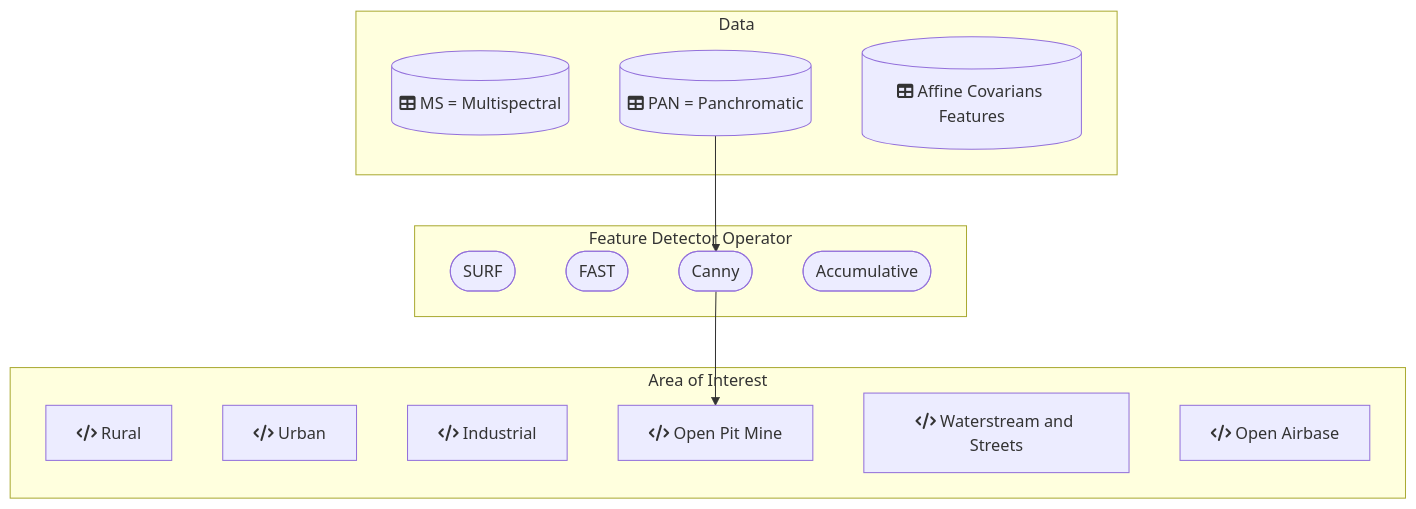
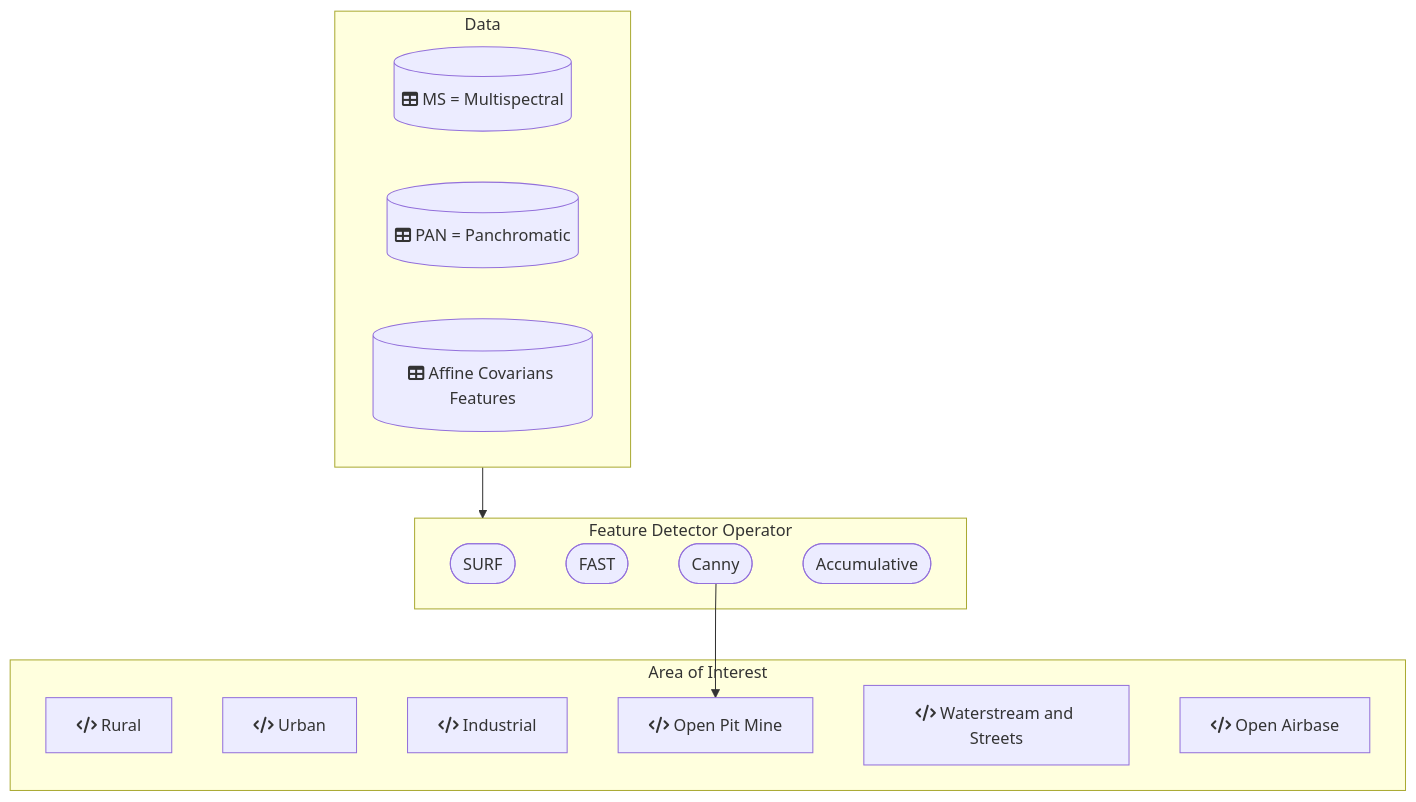
Before and after one commit to DippoldEJ/Feature-Detection-and-Explanation: the diagram in Application/README.md, drawn with Mermaid.

````diff
--- a/Application/README.md
+++ b/Application/README.md
@@ -13,29 +13,29 @@
 ```mermaid
 flowchart TD;
 
  subgraph n[Data]
         g[(fa:fa-table MS = Multispectral)]
         h[(fa:fa-table PAN = Panchromatic)]
         i[(fa:fa-table Affine Covarians Features)]
     end
 
  subgraph o[Feature Detector Operator]
         j([SURF])
         k([FAST])
         l([Canny])
         m([Accumulative])
     end
 
 subgraph p[Area of Interest]
     a[fa:fa-code Rural]
     b[fa:fa-code Urban]
     c[fa:fa-code Industrial]
     d[fa:fa-code Open Pit Mine]
     e[fa:fa-code Waterstream and Streets]
     f[fa:fa-code Open Airbase]
     end
 
-h-->l
+n-->o
 l-->d
 
 ```
````
